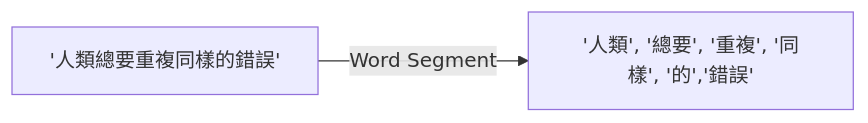
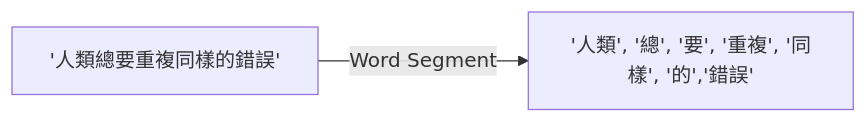
The second of 3 diagrams in README.md (BennyWang4000/Medical-Text-Classification), drawn with Mermaid before and after one commit. The commit also changed other lines of this file and 2 other files, not shown here.

````diff
--- a/README.md
+++ b/README.md
@@ -151,4 +192,4 @@
 ``` mermaid
 graph LR
-raw['人類總要重複同樣的錯誤']  -->|Word Segment|re['人類', '總要', '重複', '同樣', '的','錯誤']
+raw['人類總要重複同樣的錯誤']  -->|Word Segment|re['人類', '總', '要', '重複', '同樣', '的','錯誤']
 ```
````
